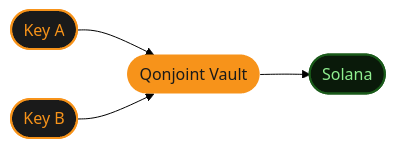
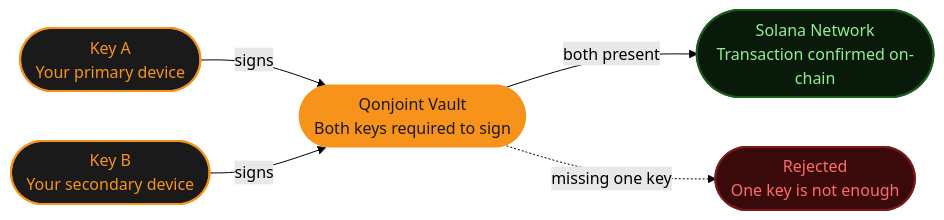
One commit to bitqoinorg/.github changed the diagram in profile/README.md. Above: the diagram before and after it, drawn with Mermaid (forest theme). The commit also changed other lines of this file, not shown here.

Commit message:
docs: update org profile with quantum-proof tagline

````diff
--- a/profile/README.md
+++ b/profile/README.md
@@ -54,19 +55,28 @@
 ```mermaid
 flowchart LR
     classDef key fill:#1a1a1a,color:#F7931A,stroke:#F7931A,stroke-width:2px
     classDef vault fill:#F7931A,color:#1a1a1a,stroke:none
     classDef chain fill:#0a1a0a,color:#90ee90,stroke:#1a5a1a,stroke-width:2px
+    classDef reject fill:#3a0a0a,color:#ff6b6b,stroke:#7a1a1a,stroke-width:2px
 
-    KA(["Key A"]):::key
-    KB(["Key B"]):::key
-    V(["Qonjoint Vault"]):::vault
-    S(["Solana"]):::chain
+    KA(["Key A
+Your primary device"]):::key
+    KB(["Key B
+Your secondary device"]):::key
+    V(["Qonjoint Vault
+Both keys required to sign"]):::vault
+    S(["Solana Network
+Transaction confirmed on-chain"]):::chain
+    R(["Rejected
+One key is not enough"]):::reject
 
-    KA --> V
-    KB --> V
-    V --> S
+    KA -->|"signs"| V
+    KB -->|"signs"| V
+    V -->|"both present"| S
+    V -. "missing one key" .-> R
 
-    click KA "https://github.com/bitqoinorg/protocol" "Protocol spec"
-    click V "https://github.com/bitqoinorg/wallet" "Wallet repo"
+    click V "https://github.com/bitqoinorg/wallet" "Open wallet repo"
     click S "https://solana.com" "Solana"
+    click KA "https://github.com/bitqoinorg/protocol" "Read the protocol spec"
+    click KB "https://github.com/bitqoinorg/protocol" "Read the protocol spec"
 ```
````
